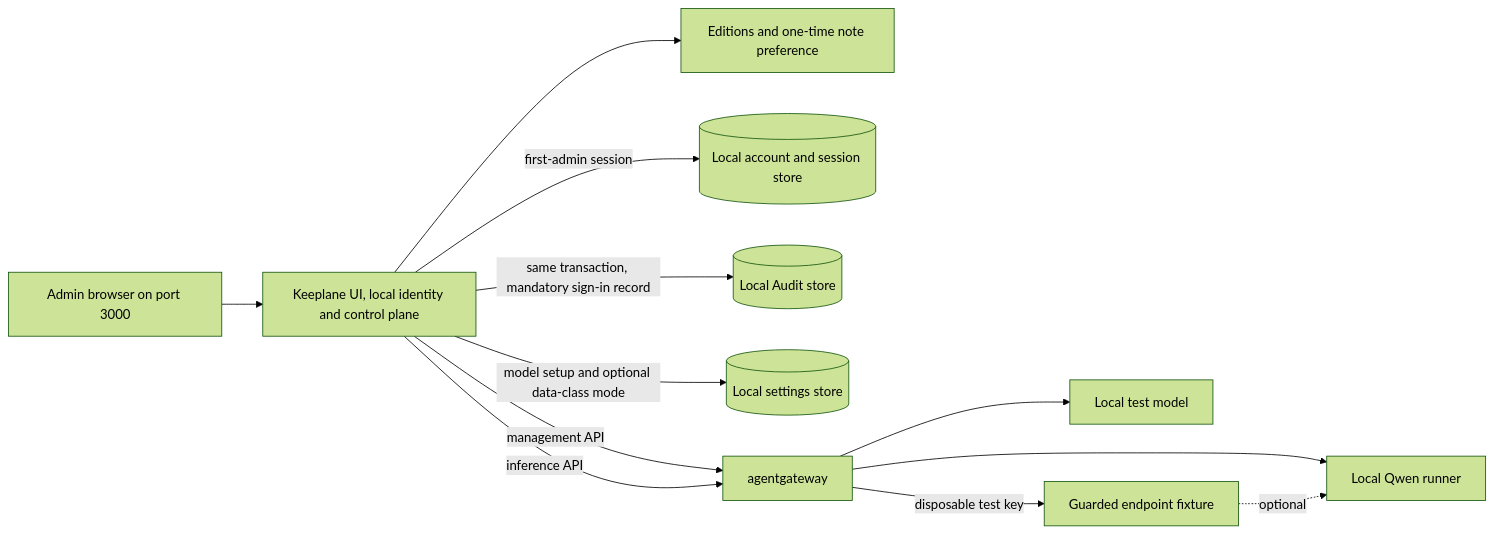
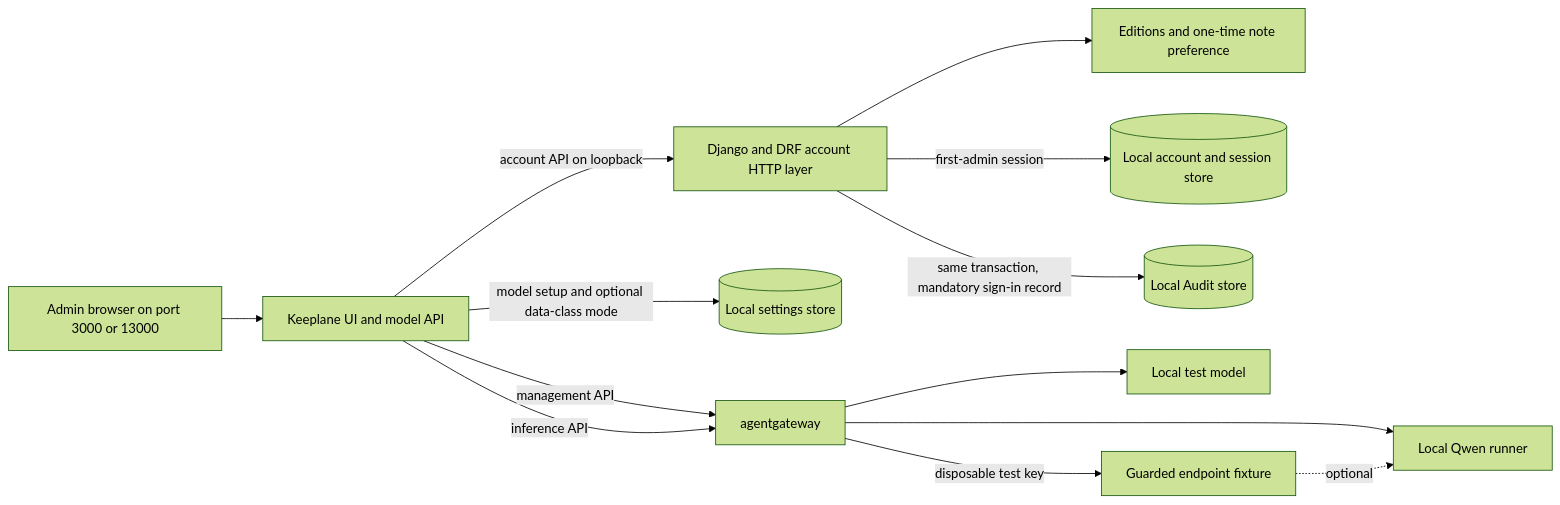
Before and after one commit to OsamaFelFel/keeplane: the diagram in docs/architecture/local-preview.md, drawn with Mermaid (forest theme). The commit also changed other lines of this file and 22 other files, not shown here.

First line of the commit message:
feat(accounts): serve React account API through Django

````diff
--- a/docs/architecture/local-preview.md
+++ b/docs/architecture/local-preview.md
@@ -7,14 +7,15 @@
 ```mermaid
 flowchart LR
-  Browser[Admin browser on port 3000] --> App[Keeplane UI, local identity and control plane]
-  App --> Editions[Editions and one-time note preference]
-  App -->|first-admin session| Accounts[(Local account and session store)]
-  App -->|same transaction, mandatory sign-in record| Audit[(Local Audit store)]
+  Browser[Admin browser on port 3000 or 13000] --> App[Keeplane UI and model API]
+  App -->|account API on loopback| Django[Django and DRF account HTTP layer]
+  Django --> Editions[Editions and one-time note preference]
+  Django -->|first-admin session| Accounts[(Local account and session store)]
+  Django -->|same transaction, mandatory sign-in record| Audit[(Local Audit store)]
   App -->|model setup and optional data-class mode| Settings[(Local settings store)]
   App -->|management API| Gateway[agentgateway]
   App -->|inference API| Gateway
   Gateway --> Fixture[Local test model]
   Gateway --> Qwen[Local Qwen runner]
   Gateway -->|disposable test key| Guarded[Guarded endpoint fixture]
   Guarded -. optional .-> Qwen
 ```
````
